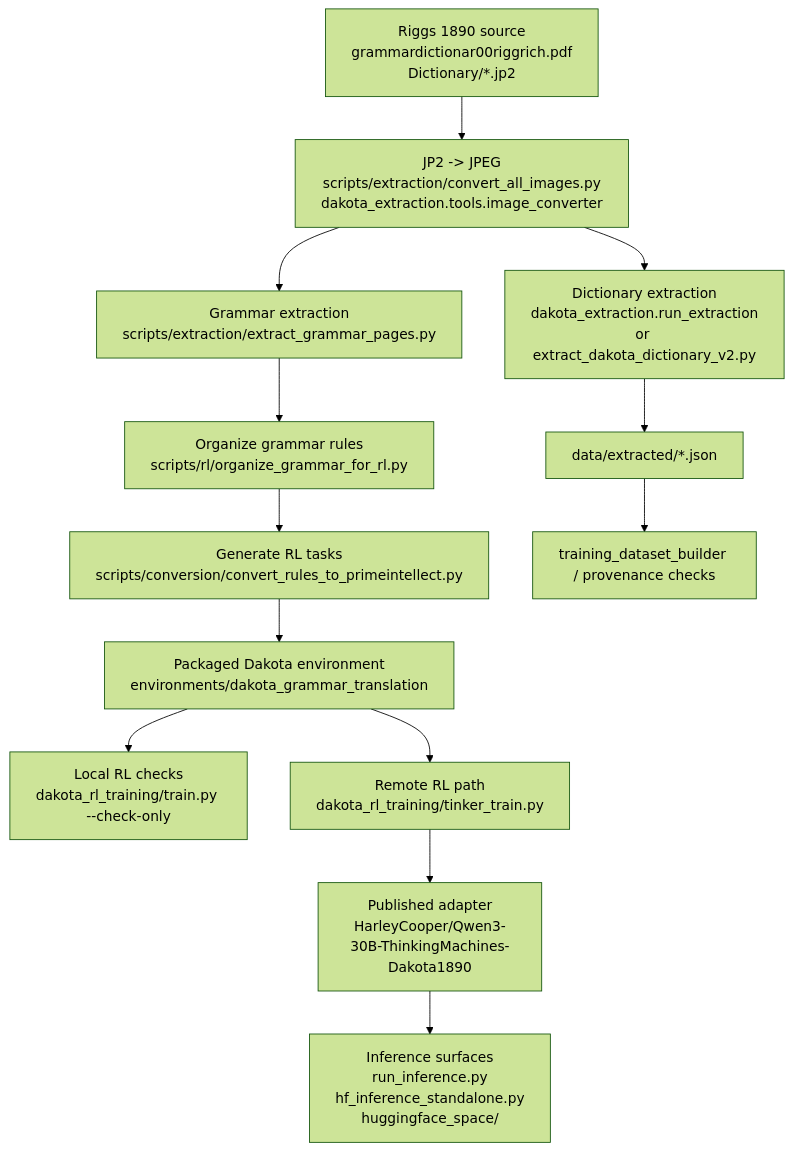
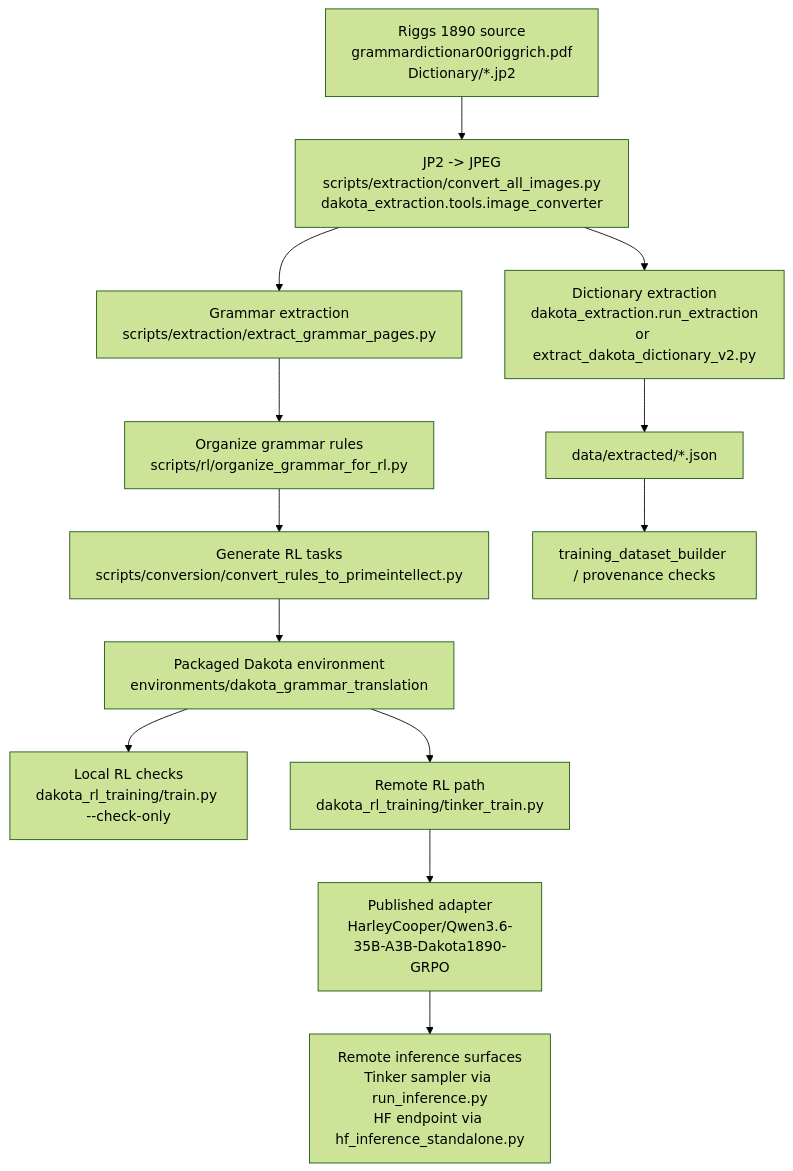
One commit to HarleyCoops/Dakota1890 changed the first of 2 diagrams in PIPELINE.md. Above: the diagram before and after it, drawn with Mermaid (forest theme). The commit also changed other lines of this file and 36 other files, not shown here.

Commit message:
Document remote Tinker and HF inference setup

````diff
--- a/PIPELINE.md
+++ b/PIPELINE.md
@@ -7,15 +7,15 @@
 ```mermaid
 flowchart TD
     A["Riggs 1890 source<br/>grammardictionar00riggrich.pdf<br/>Dictionary/*.jp2"] --> B["JP2 -> JPEG<br/>scripts/extraction/convert_all_images.py<br/>dakota_extraction.tools.image_converter"]
     B --> C["Grammar extraction<br/>scripts/extraction/extract_grammar_pages.py"]
     B --> D["Dictionary extraction<br/>dakota_extraction.run_extraction<br/>or extract_dakota_dictionary_v2.py"]
     C --> E["Organize grammar rules<br/>scripts/rl/organize_grammar_for_rl.py"]
     E --> F["Generate RL tasks<br/>scripts/conversion/convert_rules_to_primeintellect.py"]
     F --> G["Packaged Dakota environment<br/>environments/dakota_grammar_translation"]
     G --> H["Local RL checks<br/>dakota_rl_training/train.py --check-only"]
     G --> I["Remote RL path<br/>dakota_rl_training/tinker_train.py"]
-    I --> J["Published adapter<br/>HarleyCooper/Qwen3-30B-ThinkingMachines-Dakota1890"]
-    J --> K["Inference surfaces<br/>run_inference.py<br/>hf_inference_standalone.py<br/>huggingface_space/"]
+    I --> J["Published adapter<br/>HarleyCooper/Qwen3.6-35B-A3B-Dakota1890-GRPO"]
+    J --> K["Remote inference surfaces<br/>Tinker sampler via run_inference.py<br/>HF endpoint via hf_inference_standalone.py"]
     D --> L["data/extracted/*.json"]
     L --> M["training_dataset_builder / provenance checks"]
 ```
````
